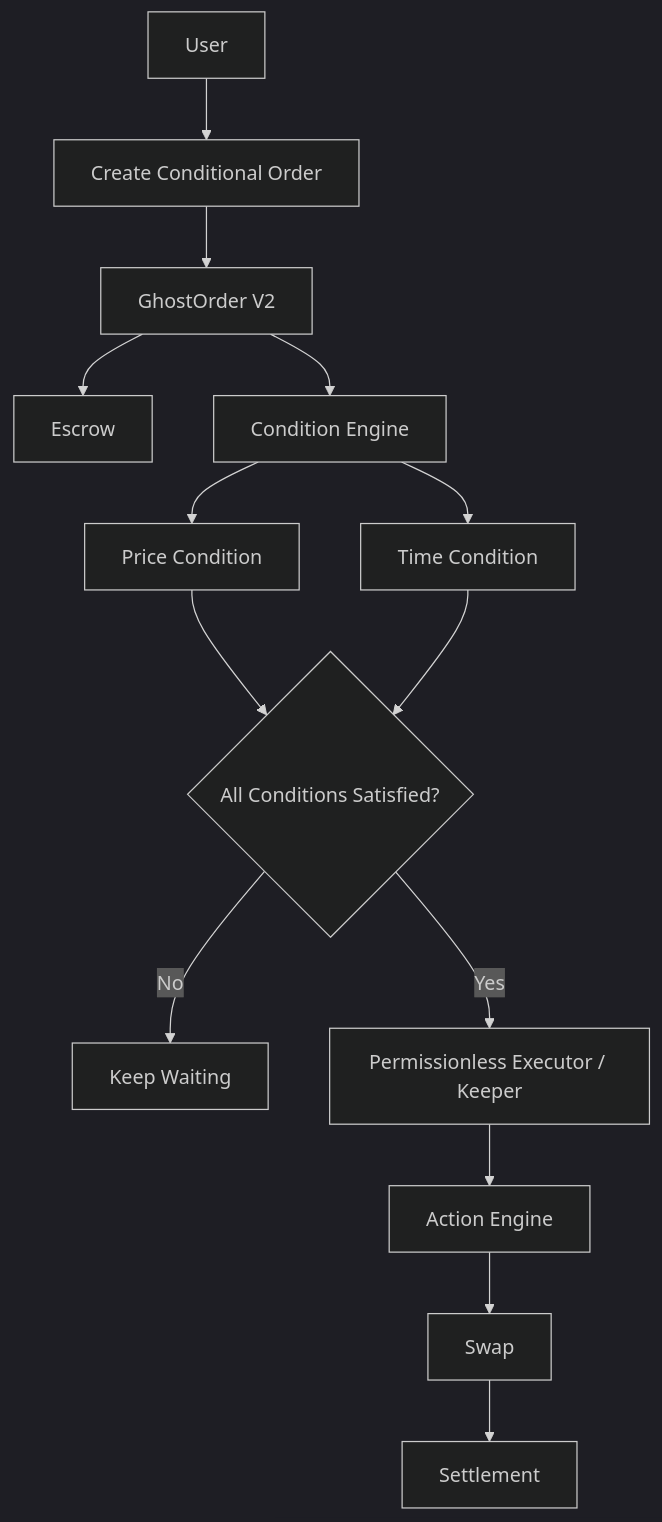
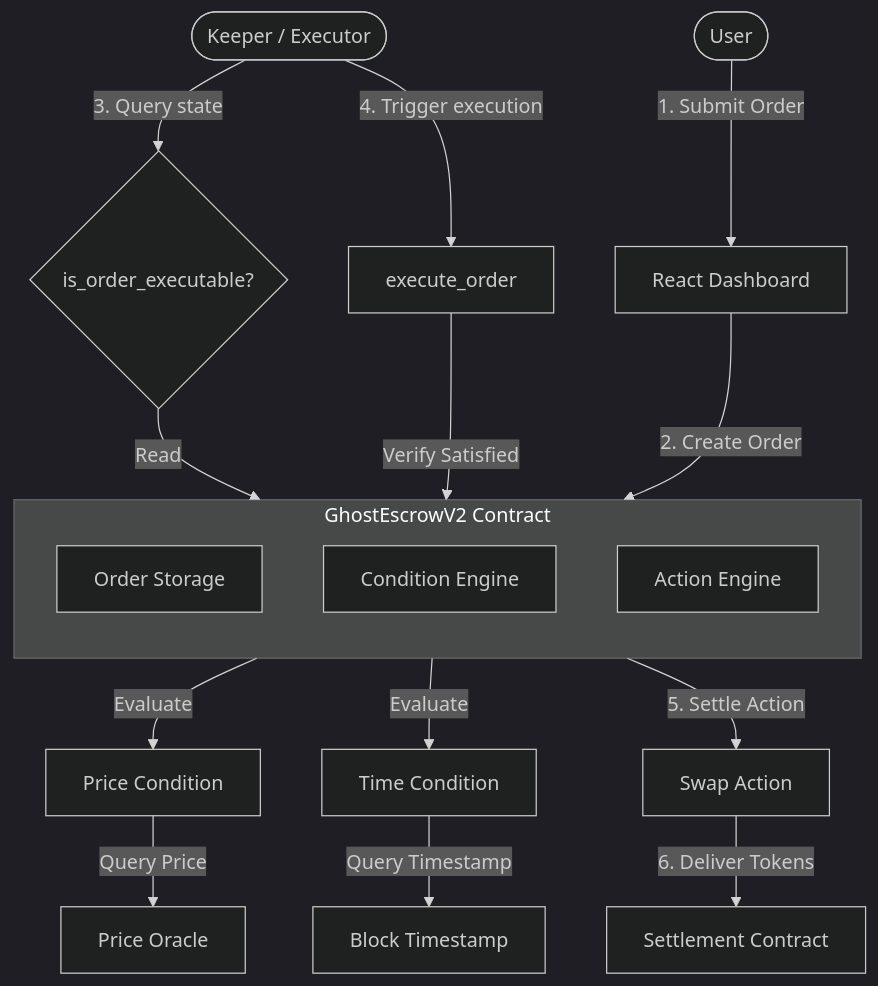
The diagram in README.md (kaverimeshram/GhostOrder), drawn with Mermaid (dark theme) before and after one commit. The commit also changed other lines of this file, not shown here.

Commit message:
docs: improve GhostOrder V2 README

````diff
--- a/README.md
+++ b/README.md
@@ -53,20 +47,26 @@
 ```mermaid
 flowchart TD
-    A[User] --> B[Create Conditional Order]
-    B --> C[GhostOrder V2]
-    C --> D[Escrow]
-    C --> E[Condition Engine]
+    User(["User"]) -->|1. Submit Order| Frontend[React Dashboard]
+    Frontend -->|2. Create Order| Escrow[GhostEscrowV2 Contract]
 
-    E --> F[Price Condition]
-    E --> G[Time Condition]
+    subgraph Escrow [GhostEscrowV2 Contract]
+        direction TB
+        OS[Order Storage]
+        CE[Condition Engine]
+        AE[Action Engine]
+    end
 
-    F --> H{All Conditions Satisfied?}
-    G --> H
+    CE -->|Evaluate| PC[Price Condition]
+    CE -->|Evaluate| TC[Time Condition]
 
-    H -->|No| I[Keep Waiting]
-    H -->|Yes| J[Permissionless Executor / Keeper]
+    PC -->|Query Price| Oracle[Price Oracle]
+    TC -->|Query Timestamp| Time[Block Timestamp]
 
-    J --> K[Action Engine]
-    K --> L[Swap]
-    L --> M[Settlement]
+    Keeper(["Keeper / Executor"]) -->|3. Query state| IsExec{"is_order_executable?"}
+    IsExec -->|Read| CE
+    
+    Keeper -->|4. Trigger execution| Exec[execute_order]
+    Exec -->|Verify Satisfied| AE
+    AE -->|5. Settle Action| Swap[Swap Action]
+    Swap -->|6. Deliver Tokens| Settlement[Settlement Contract]
 ```
````
